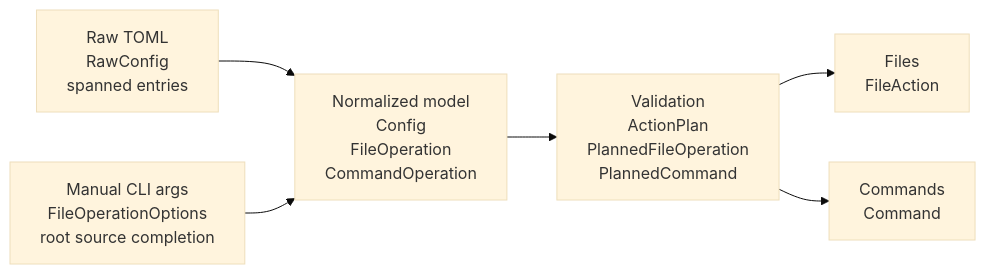
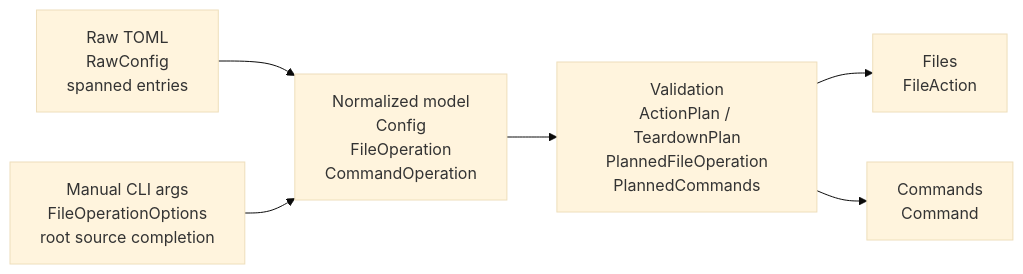
One commit to jimeh/treeboot changed the fifth of 6 diagrams in docs/ARCHITECTURE.md. Above: the diagram before and after it, drawn with Mermaid (base theme). The commit also changed other lines of this file and 40 other files, not shown here.

First line of the commit message:
feat!: add worktree teardown commands (#119)

````diff
--- a/docs/ARCHITECTURE.md
+++ b/docs/ARCHITECTURE.md
@@ -156,15 +200,15 @@
 ```mermaid
 flowchart LR
   TOML["Raw TOML<br/>RawConfig<br/>spanned entries"]
   CLI["Manual CLI args<br/>FileOperationOptions<br/>root source completion"]
   MODEL["Normalized model<br/>Config<br/>FileOperation<br/>CommandOperation"]
-  VALID["Validation<br/>ActionPlan<br/>PlannedFileOperation<br/>PlannedCommand"]
+  VALID["Validation<br/>ActionPlan / TeardownPlan<br/>PlannedFileOperation<br/>PlannedCommands"]
   FILES["Files<br/>FileAction"]
   CMDS["Commands<br/>Command"]
 
   TOML --> MODEL
   CLI --> MODEL
   MODEL --> VALID
   VALID --> FILES
   VALID --> CMDS
 ```
````
